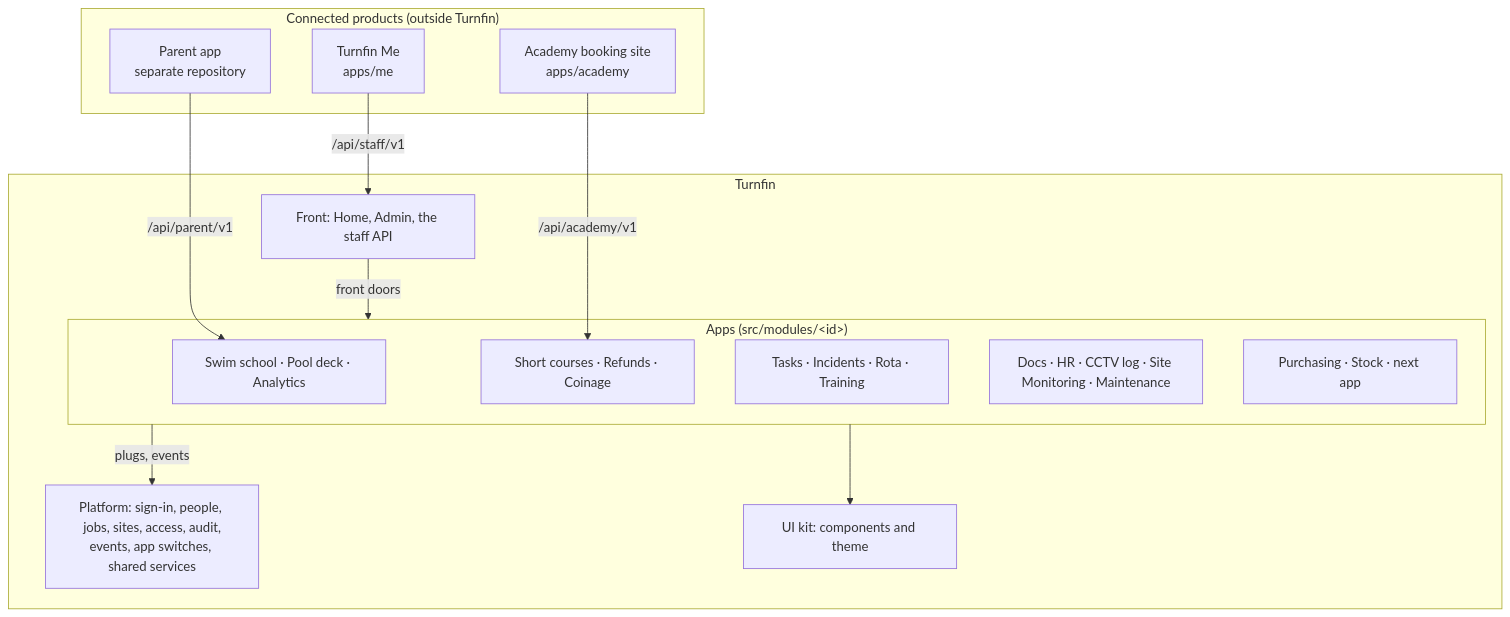
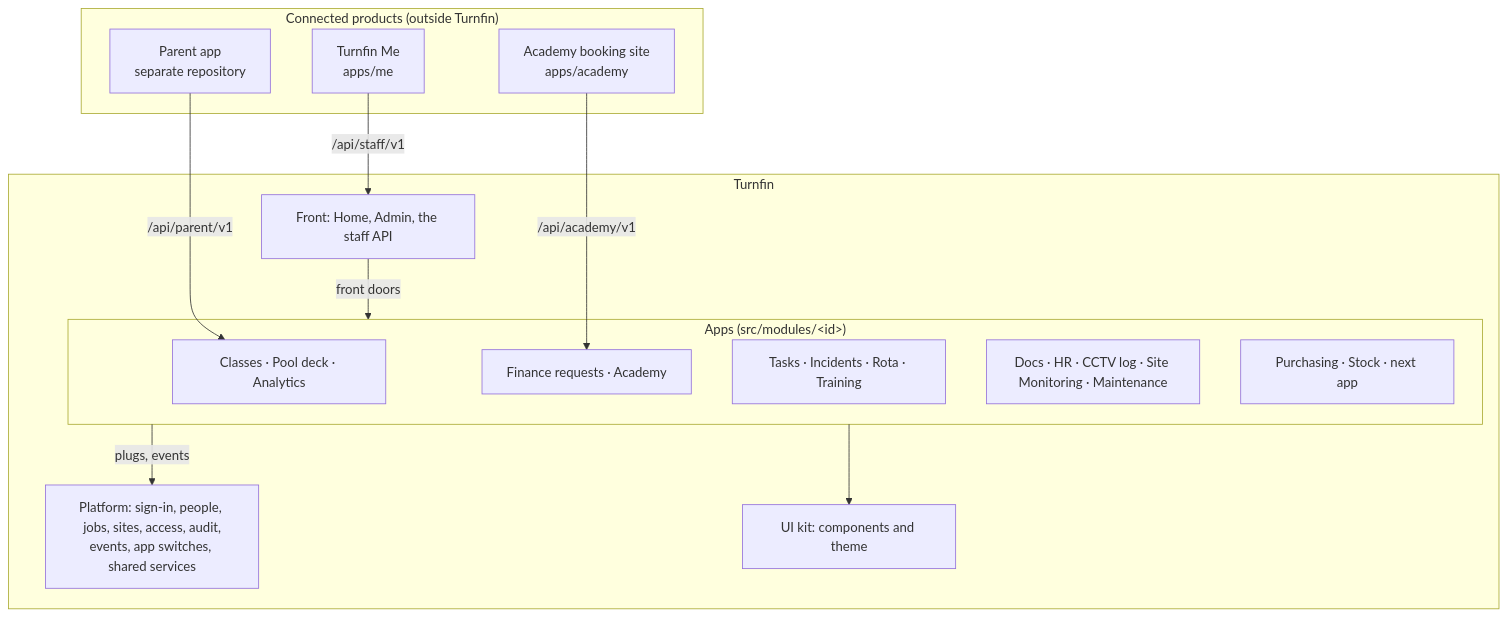
The diagram in docs/architecture.md (Nandui/Swimly), drawn with Mermaid before and after one commit. The commit also changed other lines of this file and 9 other files, not shown here.

First line of the commit message:
Docs and What's new for Classes, Finance requests and Academy (D24, 3.3.0)

````diff
--- a/docs/architecture.md
+++ b/docs/architecture.md
@@ -13,26 +13,26 @@
 ```mermaid
 flowchart TB
   subgraph Connected["Connected products (outside Turnfin)"]
     me["Turnfin Me<br/>apps/me"]
     parent["Parent app<br/>separate repository"]
     academy["Academy booking site<br/>apps/academy"]
   end
   subgraph Turnfin
     front["Front: Home, Admin, the staff API"]
     subgraph Apps["Apps (src/modules/&lt;id&gt;)"]
-      a1["Swim school · Pool deck · Analytics"]
-      a2["Short courses · Refunds · Coinage"]
+      a1["Classes · Pool deck · Analytics"]
+      a2["Finance requests · Academy"]
       a3["Tasks · Incidents · Rota · Training"]
       a4["Docs · HR · CCTV log · Site Monitoring · Maintenance"]
       a5["Purchasing · Stock · next app"]
     end
     platform["Platform: sign-in, people, jobs, sites, access, audit,<br/>events, app switches, shared services"]
     kit["UI kit: components and theme"]
   end
   me -->|/api/staff/v1| front
   parent -->|/api/parent/v1| a1
   academy -->|/api/academy/v1| a2
   front -->|front doors| Apps
   Apps -->|plugs, events| platform
   Apps --> kit
 ```
````
